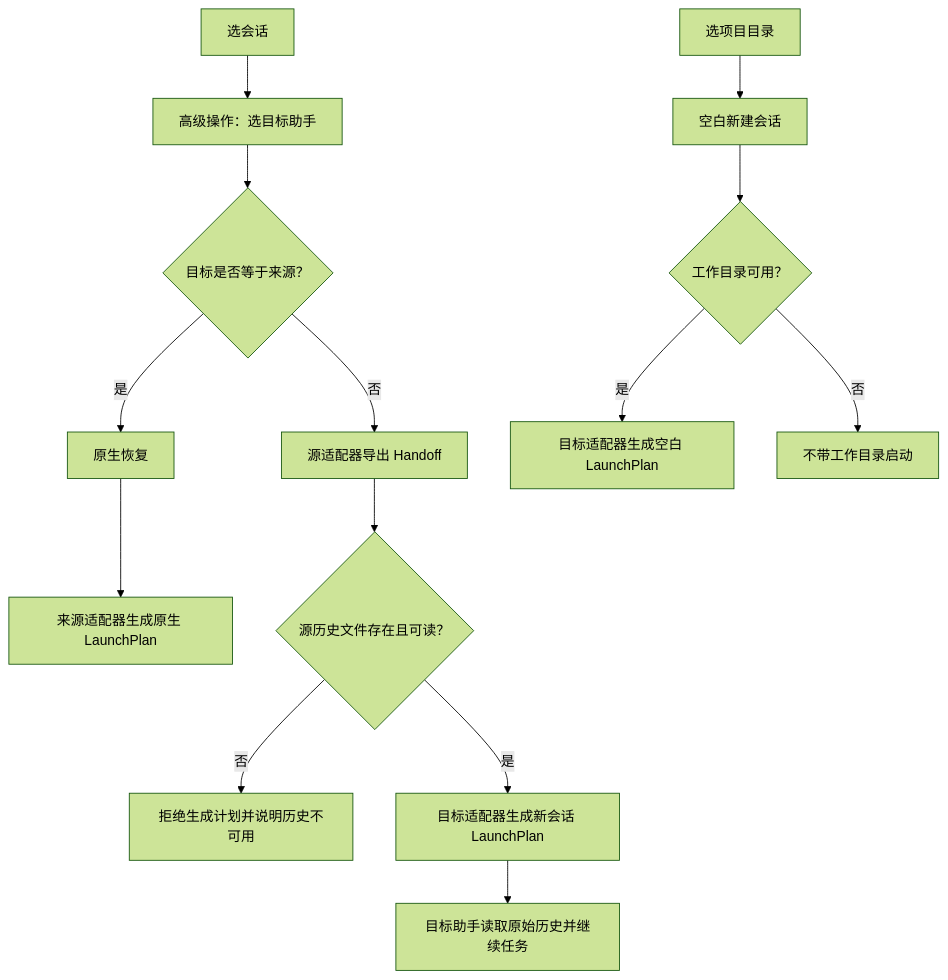
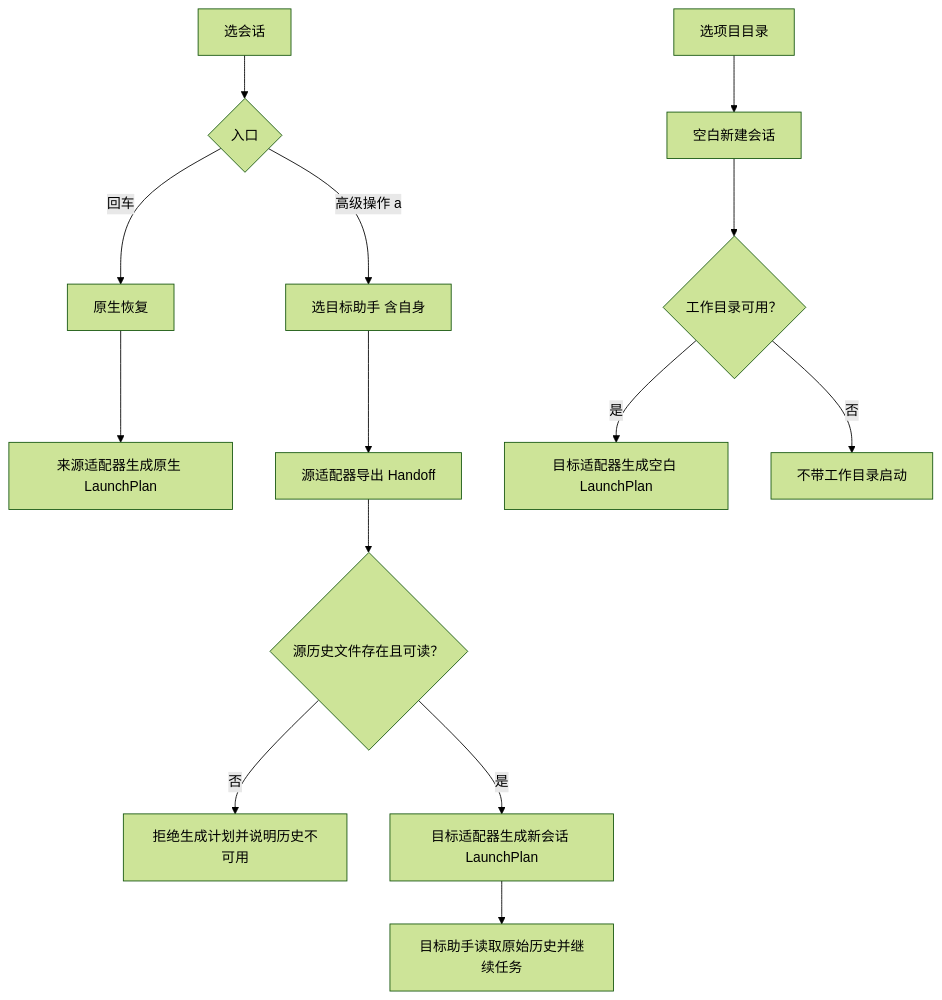
One commit to x0c/corral changed the diagram in docs/CROSS_RUNTIME_HANDOFF_KNOWLEDGE_BASE.md. Above: the diagram before and after it, drawn with Mermaid (forest theme). The commit also changed other lines of this file and 15 other files, not shown here.

````diff
--- a/docs/CROSS_RUNTIME_HANDOFF_KNOWLEDGE_BASE.md
+++ b/docs/CROSS_RUNTIME_HANDOFF_KNOWLEDGE_BASE.md
@@ -31,17 +31,17 @@
 ```mermaid
 flowchart TD
-    A[选会话] --> B[高级操作：选目标助手]
-    B --> C{目标是否等于来源？}
-    C -- 是 --> D[原生恢复]
-    D --> E[来源适配器生成原生 LaunchPlan]
-    C -- 否 --> F[源适配器导出 Handoff]
+    A[选会话] --> B{入口}
+    B -- 回车 --> C[原生恢复]
+    C --> D[来源适配器生成原生 LaunchPlan]
+    B -- 高级操作 a --> E[选目标助手 含自身]
+    E --> F[源适配器导出 Handoff]
     F --> G{源历史文件存在且可读？}
     G -- 否 --> H[拒绝生成计划并说明历史不可用]
     G -- 是 --> I[目标适配器生成新会话 LaunchPlan]
     I --> J[目标助手读取原始历史并继续任务]
 
     K[选项目目录] --> L[空白新建会话]
     L --> M{工作目录可用？}
     M -- 是 --> N[目标适配器生成空白 LaunchPlan]
     M -- 否 --> O[不带工作目录启动]
 ```
````
